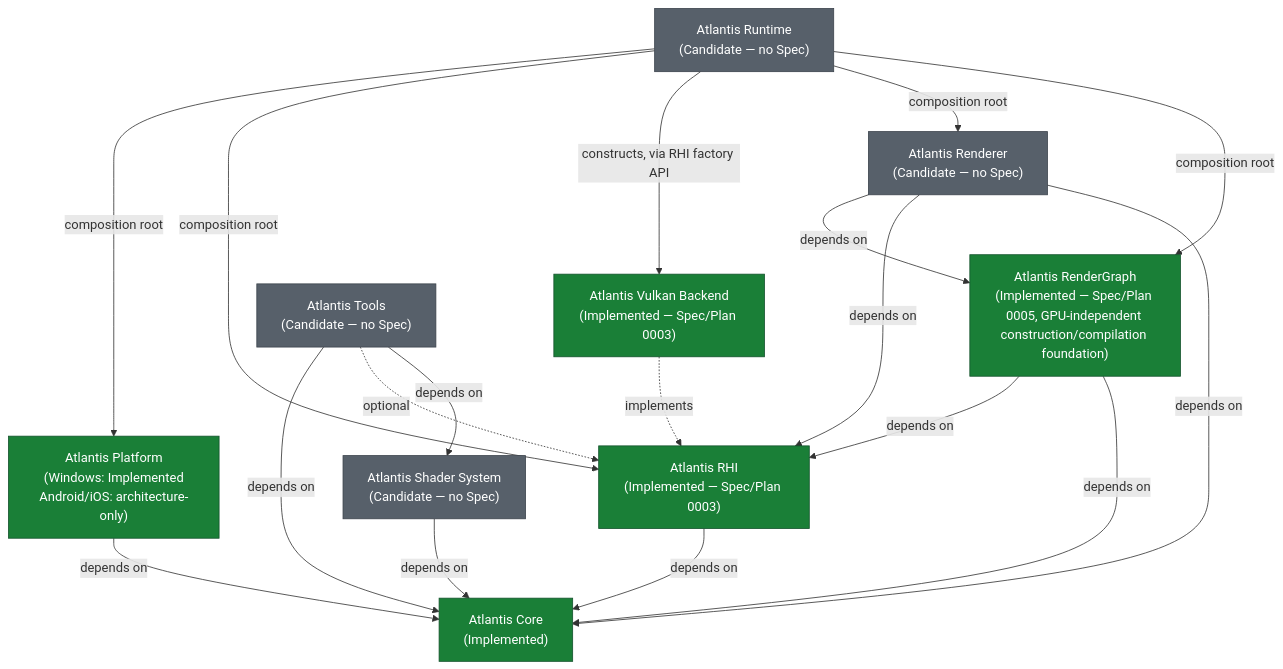
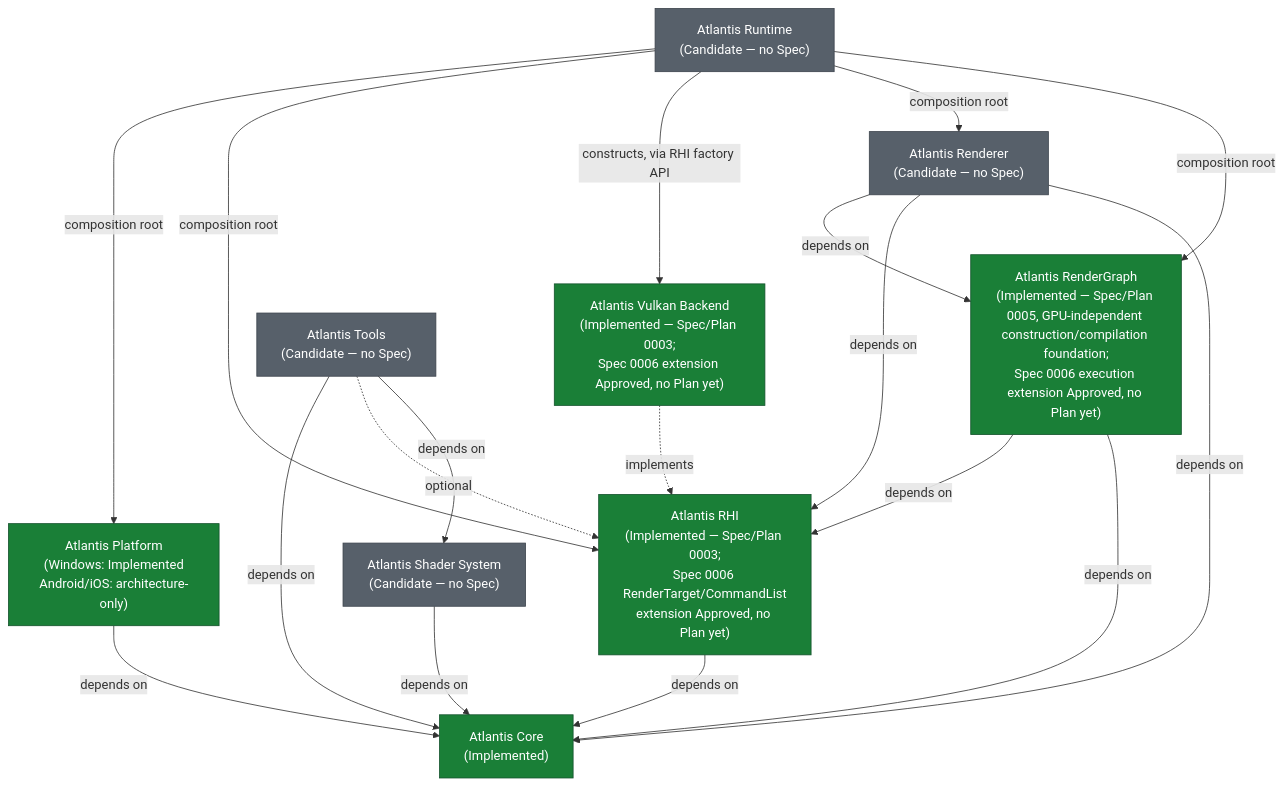
Before and after one commit to slmao/Atlantis: the diagram in docs/project-blueprint.md, drawn with Mermaid. The commit also changed other lines of this file and 1 other file, not shown here.

First line of the commit message:
docs: sync Spec 0006 post-merge status

````diff
--- a/docs/project-blueprint.md
+++ b/docs/project-blueprint.md
@@ -89,47 +89,47 @@
 ```mermaid
 graph TD
     Core["Atlantis Core<br/>(Implemented)"]
 
     Platform["Atlantis Platform<br/>(Windows: Implemented<br/>Android/iOS: architecture-only)"]
-    RHI["Atlantis RHI<br/>(Implemented — Spec/Plan 0003)"]
-    VulkanBackend["Atlantis Vulkan Backend<br/>(Implemented — Spec/Plan 0003)"]
-    RenderGraph["Atlantis RenderGraph<br/>(Implemented — Spec/Plan 0005, GPU-independent construction/compilation foundation)"]
+    RHI["Atlantis RHI<br/>(Implemented — Spec/Plan 0003;<br/>Spec 0006 RenderTarget/CommandList<br/>extension Approved, no Plan yet)"]
+    VulkanBackend["Atlantis Vulkan Backend<br/>(Implemented — Spec/Plan 0003;<br/>Spec 0006 extension Approved, no Plan yet)"]
+    RenderGraph["Atlantis RenderGraph<br/>(Implemented — Spec/Plan 0005, GPU-independent construction/compilation foundation;<br/>Spec 0006 execution extension Approved, no Plan yet)"]
     Renderer["Atlantis Renderer<br/>(Candidate — no Spec)"]
     ShaderSystem["Atlantis Shader System<br/>(Candidate — no Spec)"]
     Runtime["Atlantis Runtime<br/>(Candidate — no Spec)"]
     Tools["Atlantis Tools<br/>(Candidate — no Spec)"]
 
     Platform -->|depends on| Core
     RHI -->|depends on| Core
     RenderGraph -->|depends on| RHI
     RenderGraph -->|depends on| Core
     Renderer -->|depends on| RenderGraph
     Renderer -->|depends on| RHI
     Renderer -->|depends on| Core
     ShaderSystem -->|depends on| Core
     Tools -->|depends on| Core
     Tools -.->|optional| RHI
     Tools -->|depends on| ShaderSystem
 
     VulkanBackend -.->|implements| RHI
 
     Runtime -->|composition root| Platform
     Runtime -->|composition root| RHI
     Runtime -->|constructs, via RHI factory API| VulkanBackend
     Runtime -->|composition root| Renderer
     Runtime -->|composition root| RenderGraph
 
     classDef implemented fill:#1a7f37,color:#fff,stroke:#14532d
     classDef approved fill:#9a6700,color:#fff,stroke:#7c5300
     classDef candidate fill:#57606a,color:#fff,stroke:#3d444d
 
     class Core implemented
     class Platform implemented
     class RHI implemented
     class VulkanBackend implemented
     class RenderGraph implemented
     class Renderer candidate
     class ShaderSystem candidate
     class Runtime candidate
     class Tools candidate
 ```
````
